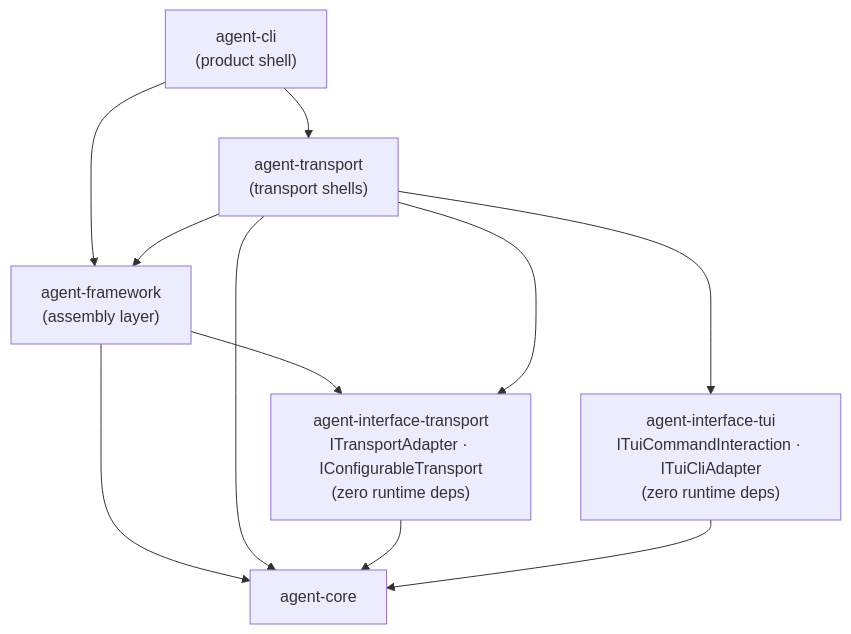
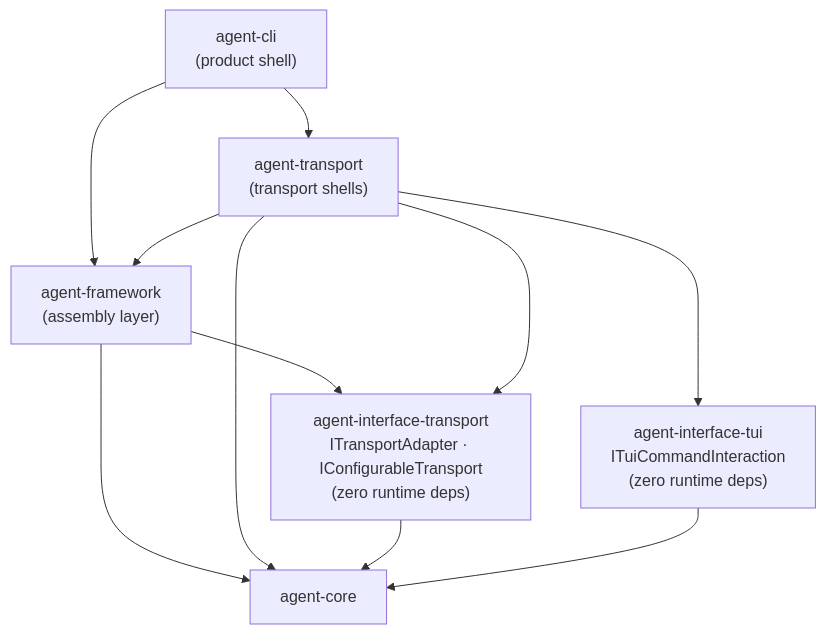
One commit to woojubb/robota changed the diagram in .agents/specs/architecture-map/transport-architecture.md. Above: the diagram before and after it, drawn with Mermaid. The commit also changed other lines of this file and 12 other files, not shown here.

First line of the commit message:
docs(arch): re-audit remediation — sync architecture-map + package SPECs to beta.75

````diff
--- a/.agents/specs/architecture-map/transport-architecture.md
+++ b/.agents/specs/architecture-map/transport-architecture.md
@@ -30,20 +30,20 @@
 ```mermaid
 flowchart TD
   CLI["agent-cli\n(product shell)"]
   FW["agent-framework\n(assembly layer)"]
   Transport["agent-transport\n(transport shells)"]
   IfaceTransport["agent-interface-transport\nITransportAdapter · IConfigurableTransport\n(zero runtime deps)"]
-  IfaceTui["agent-interface-tui\nITuiCommandInteraction · ITuiCliAdapter\n(zero runtime deps)"]
+  IfaceTui["agent-interface-tui\nITuiCommandInteraction\n(zero runtime deps)"]
   Core["agent-core"]
 
   CLI --> FW
   CLI --> Transport
   FW --> IfaceTransport
   FW --> Core
   Transport --> IfaceTransport
   Transport --> FW
   Transport --> Core
   IfaceTransport --> Core
   IfaceTui --> Core
   Transport --> IfaceTui
 ```
````
